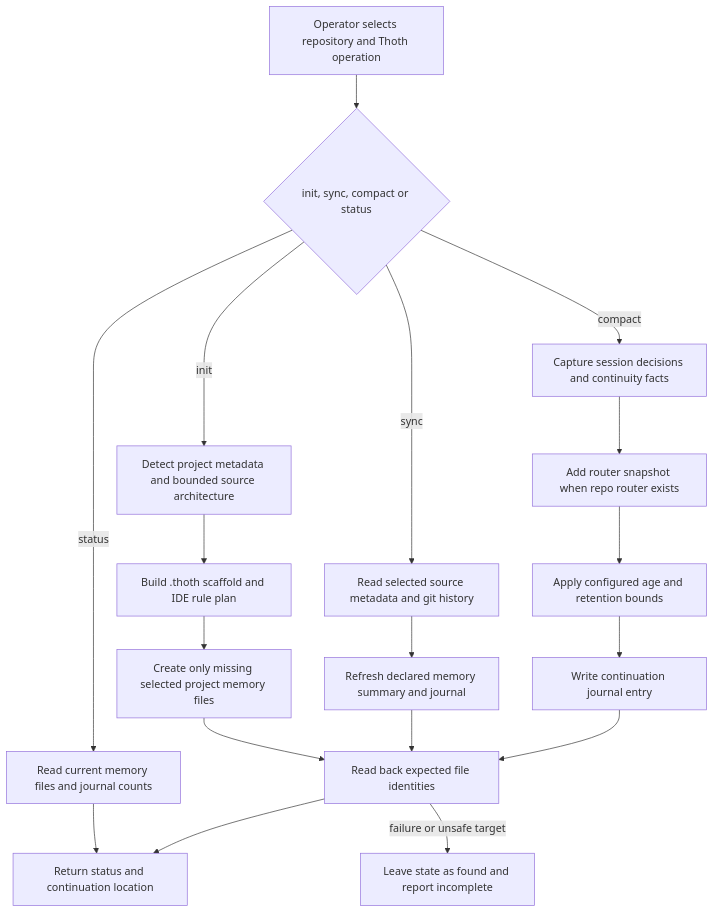
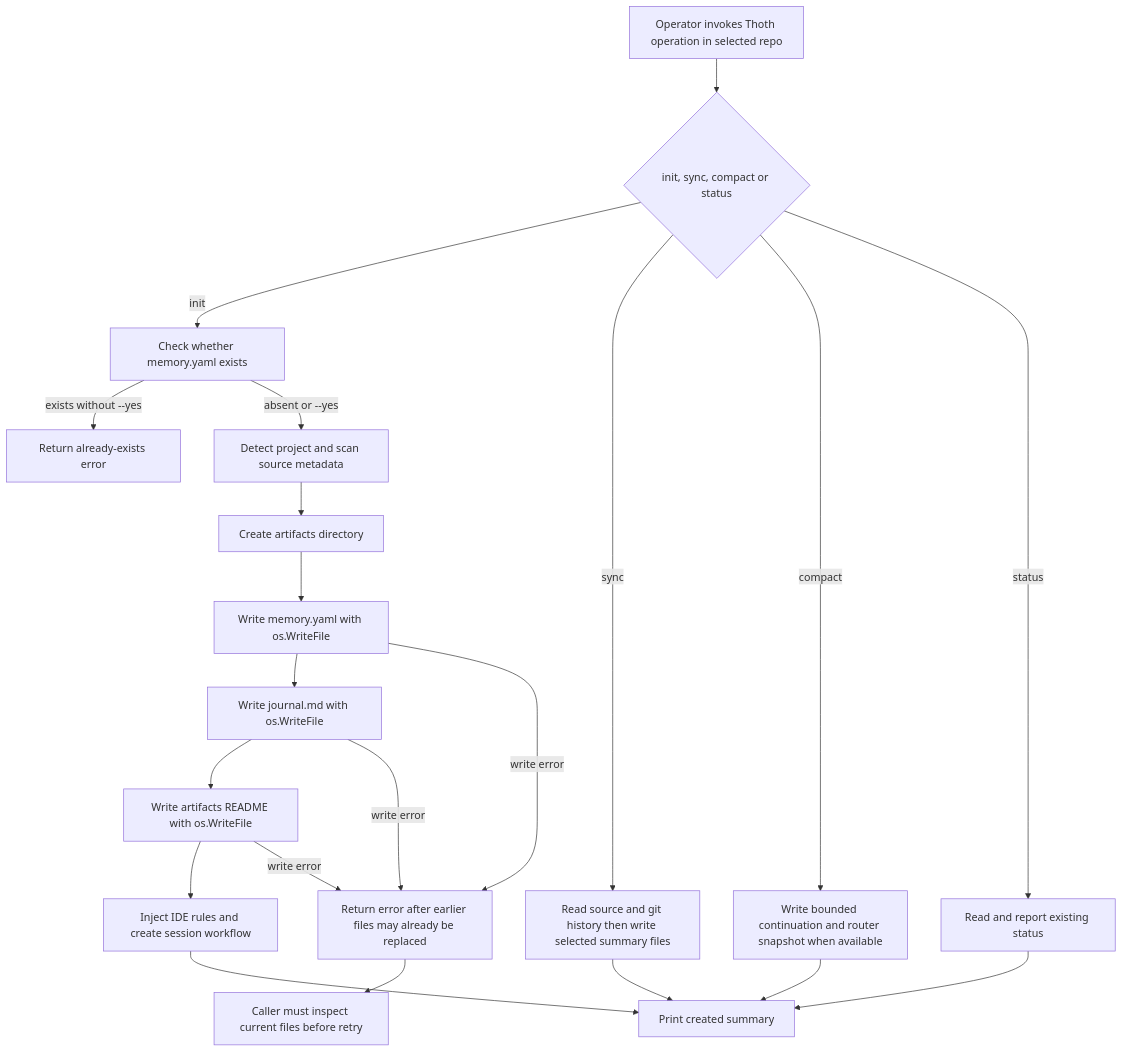
Before and after one commit to SirsiMaster/sirsi-pantheon: diagram 20 of 45 in docs/stacklab/pantheon-pt/canon/DIAGRAMS_PRODUCT_OPERATIONS.md, drawn with Mermaid. The commit also changed other lines of this file and 2 other files, not shown here.

Commit message:
docs(stacklab): align workflow diagrams with actual effects and recovery

````diff
--- a/docs/stacklab/pantheon-pt/canon/DIAGRAMS_PRODUCT_OPERATIONS.md
+++ b/docs/stacklab/pantheon-pt/canon/DIAGRAMS_PRODUCT_OPERATIONS.md
@@ -534,20 +567,23 @@
 ```mermaid
 flowchart TD
-  U[Operator selects repository and Thoth operation] --> OP{init, sync, compact or status}
-  OP -->|init| DETECT[Detect project metadata and bounded source architecture]
-  DETECT --> PREVIEW[Build .thoth scaffold and IDE rule plan]
-  PREVIEW --> WRITE[Create only missing selected project memory files]
-  OP -->|sync| READ[Read selected source metadata and git history]
-  READ --> UPDATE[Refresh declared memory summary and journal]
-  OP -->|compact| CAPTURE[Capture session decisions and continuity facts]
-  CAPTURE --> ROUTER[Add router snapshot when repo router exists]
-  ROUTER --> BOUND[Apply configured age and retention bounds]
-  BOUND --> APPEND[Write continuation journal entry]
-  OP -->|status| STAT[Read current memory files and journal counts]
-  WRITE --> VERIFY[Read back expected file identities]
-  UPDATE --> VERIFY
-  APPEND --> VERIFY
-  STAT --> REPORT[Return status and continuation location]
-  VERIFY --> REPORT
-  VERIFY -->|failure or unsafe target| OPEN[Leave state as found and report incomplete]
+  OP[Operator invokes Thoth operation in selected repo] --> MODE{init, sync, compact or status}
+  MODE -->|init| STAT[Check whether memory.yaml exists]
+  STAT -->|exists without --yes| REFUSE[Return already-exists error]
+  STAT -->|absent or --yes| DETECT[Detect project and scan source metadata]
+  DETECT --> MKDIR[Create artifacts directory]
+  MKDIR --> MEM[Write memory.yaml with os.WriteFile]
+  MEM --> JOURNAL[Write journal.md with os.WriteFile]
+  JOURNAL --> README[Write artifacts README with os.WriteFile]
+  README --> IDE[Inject IDE rules and create session workflow]
+  MODE -->|sync| SYNC[Read source and git history then write selected summary files]
+  MODE -->|compact| COMPACT[Write bounded continuation and router snapshot when available]
+  MODE -->|status| READ[Read and report existing status]
+  MEM -->|write error| PARTIAL[Return error after earlier files may already be replaced]
+  JOURNAL -->|write error| PARTIAL
+  README -->|write error| PARTIAL
+  IDE --> DONE[Print created summary]
+  SYNC --> DONE
+  COMPACT --> DONE
+  READ --> DONE
+  PARTIAL --> DEBT[Caller must inspect current files before retry]
 ```
````
